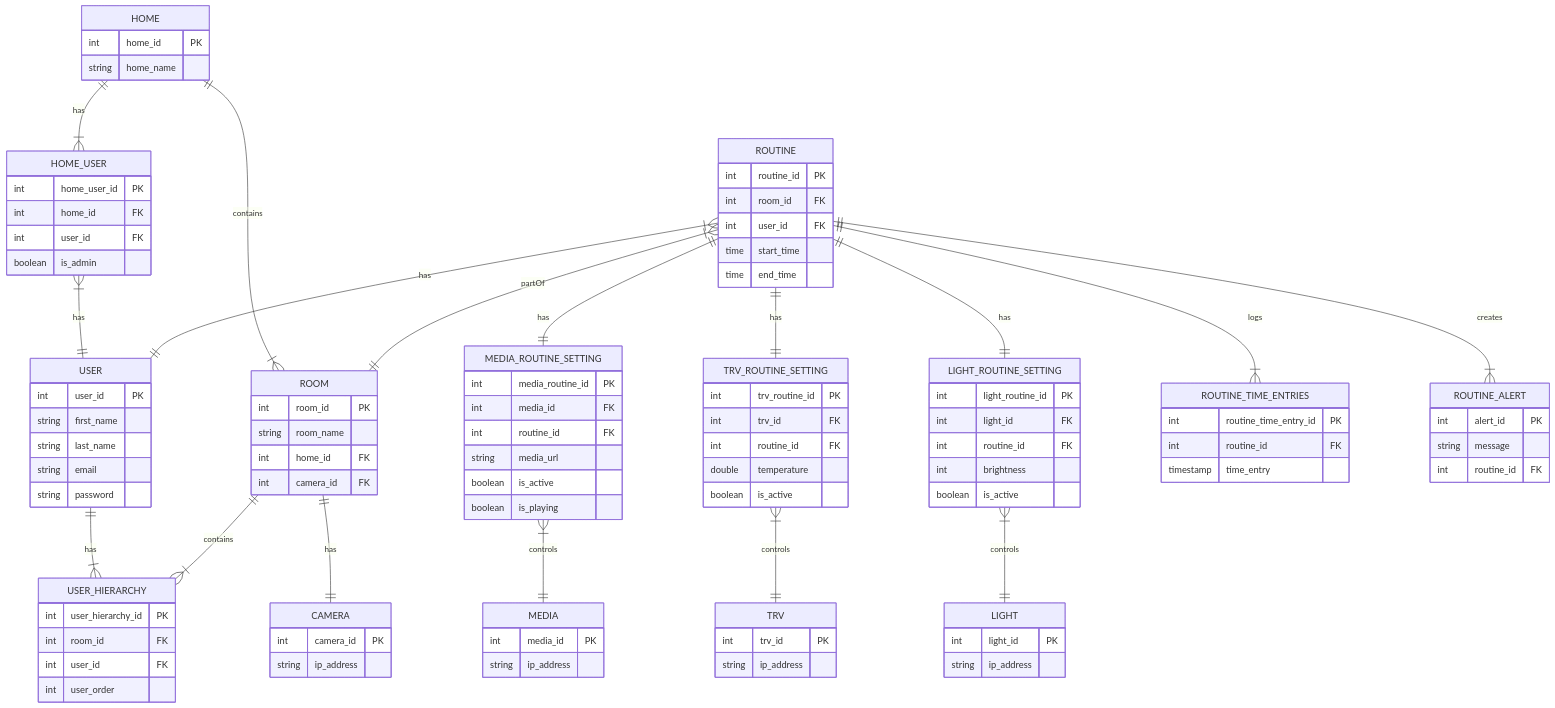
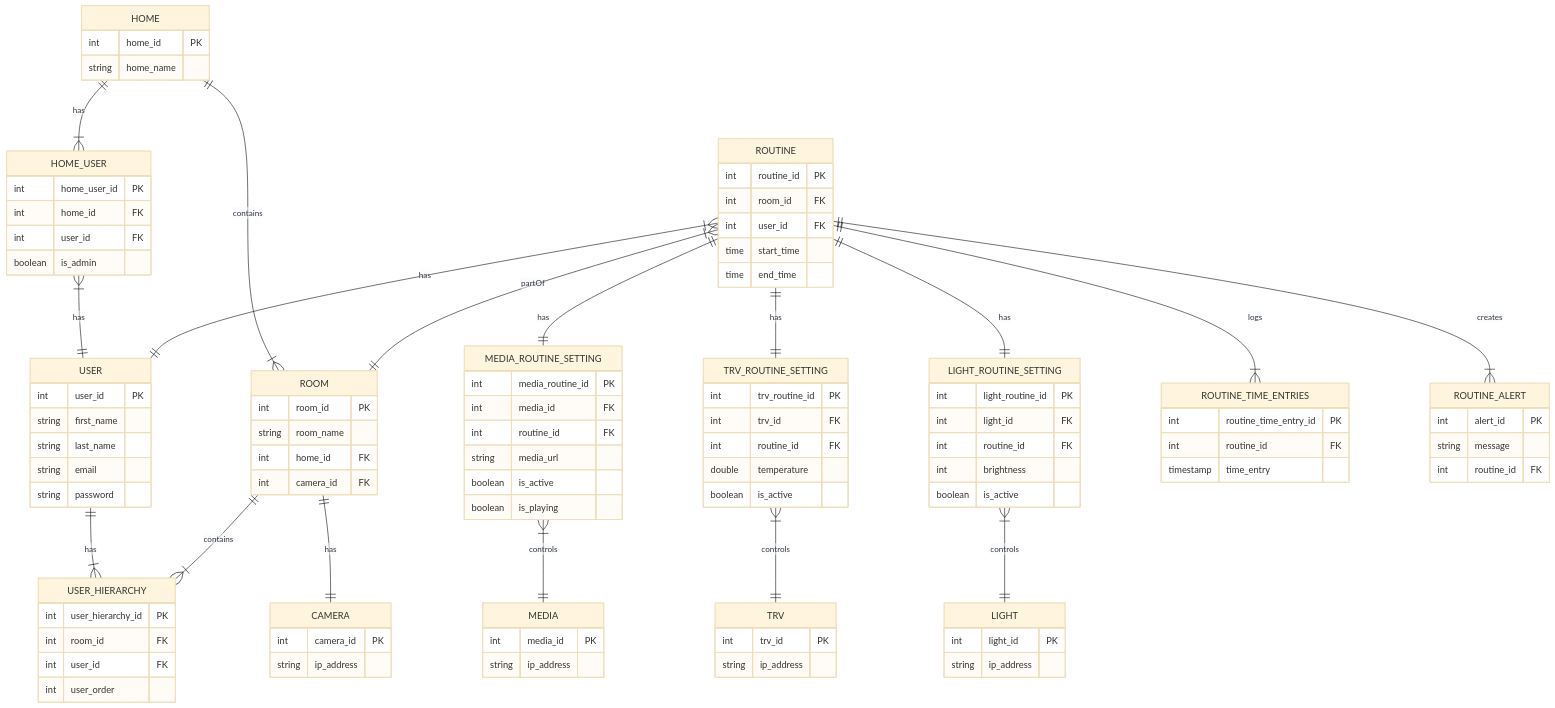
Before and after one commit to cmurphy88/jarvis: the second of 2 diagrams in README.md, drawn with Mermaid.

````diff
--- a/README.md
+++ b/README.md
@@ -27,4 +27,5 @@
 ```mermaid
+%%{init: {'theme':'base'}}%%
 erDiagram
     USER {
         int user_id PK
````
